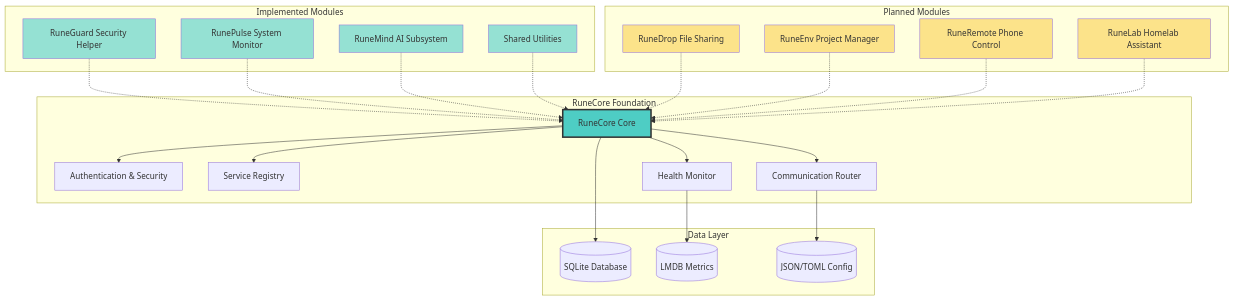
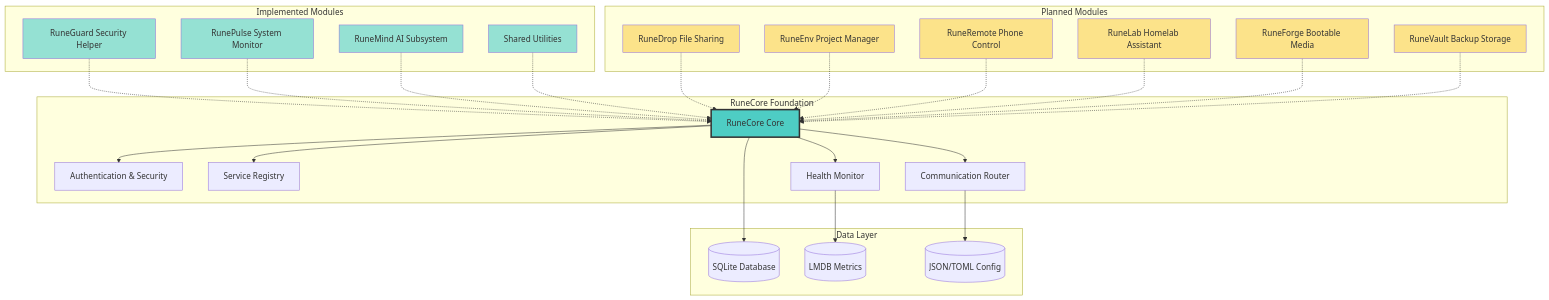
Before and after one commit to datamann1013/User_Functionality_WSL: the first of 3 diagrams in README.md, drawn with Mermaid. The commit also changed other lines of this file, not shown here.

Commit message:
Added more ideas to the roadmap

````diff
--- a/README.md
+++ b/README.md
@@ -11,59 +11,65 @@
 ```mermaid
 graph TB
     subgraph "RuneCore Foundation"
         Core[RuneCore Core]
         Auth[Authentication & Security]
         Registry[Service Registry]
         Router[Communication Router]
         Monitor[Health Monitor]
     end
     
     subgraph "Implemented Modules"
         Guard[RuneGuard Security Helper]
         Pulse[RunePulse System Monitor] 
         Mind[RuneMind AI Subsystem]
         Shared[Shared Utilities]
     end
     
     subgraph "Planned Modules"
         Drop[RuneDrop File Sharing]
         Env[RuneEnv Project Manager]
         Remote[RuneRemote Phone Control]
         Lab[RuneLab Homelab Assistant]
+        Forge[RuneForge Bootable Media]
+        Vault[RuneVault Backup Storage]
     end
     
     subgraph "Data Layer"
         SQLite[(SQLite Database)]
         LMDB[(LMDB Metrics)]
         Config[(JSON/TOML Config)]
     end
     
     Core --> Auth
     Core --> Registry
     Core --> Router
     Core --> Monitor
     
     Guard -.-> Core
     Pulse -.-> Core
     Mind -.-> Core
     Shared -.-> Core
     
     Drop -.-> Core
     Env -.-> Core
     Remote -.-> Core
     Lab -.-> Core
+    Forge -.-> Core
+    Vault -.-> Core
     
     Core --> SQLite
     Monitor --> LMDB
     Router --> Config
     
     style Core fill:#4ecdc4,stroke:#333,stroke-width:3px
     style Guard fill:#95e1d3
     style Pulse fill:#95e1d3
     style Mind fill:#95e1d3
     style Shared fill:#95e1d3
     style Drop fill:#fce38a
     style Env fill:#fce38a
     style Remote fill:#fce38a
     style Lab fill:#fce38a
+    style Forge fill:#fce38a
+    style Vault fill:#fce38a
 ```
````
